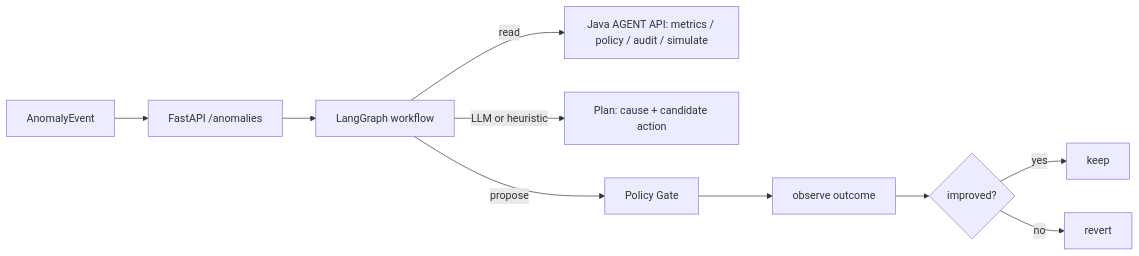
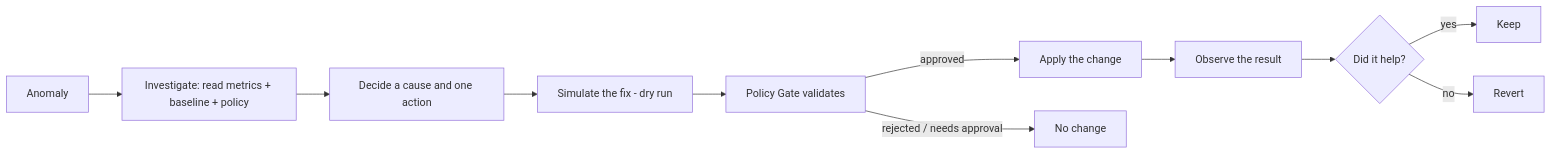
Before and after one commit to Ka4tik3y/rate-gaurd: the second of 2 diagrams in README.md, drawn with Mermaid. The commit also changed other lines of this file and 92 other files, not shown here.

````diff
--- a/README.md
+++ b/README.md
@@ -116,11 +101,13 @@
 ```mermaid
 flowchart LR
-  AE[AnomalyEvent] --> A[FastAPI /anomalies]
-  A --> W[LangGraph workflow]
-  W -->|read| J[Java AGENT API: metrics / policy / audit / simulate]
-  W -->|LLM or heuristic| P[Plan: cause + candidate action]
-  W -->|propose| G[Policy Gate]
-  G --> O[observe outcome] --> KV{improved?}
-  KV -->|yes| K[keep]
-  KV -->|no| R[revert]
+  A[Anomaly] --> I[Investigate: read metrics + baseline + policy]
+  I --> P[Decide a cause and one action]
+  P --> S[Simulate the fix - dry run]
+  S --> G[Policy Gate validates]
+  G -- approved --> X[Apply the change]
+  X --> O[Observe the result]
+  O --> K{Did it help?}
+  K -- yes --> Keep[Keep]
+  K -- no --> Rev[Revert]
+  G -- rejected / needs approval --> Stop[No change]
 ```
````
